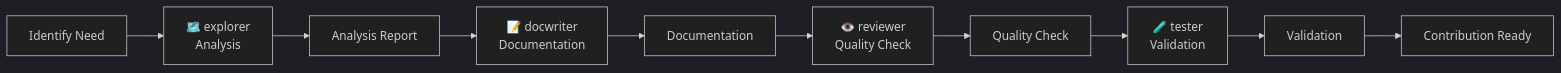
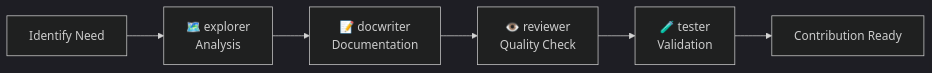
Before and after one commit to sandeand001/DevWorkflow-Framework: the third of 3 diagrams in README.md, drawn with Mermaid (dark theme). The commit also changed other lines of this file, not shown here.

````diff
--- a/README.md
+++ b/README.md
@@ -380,12 +397,8 @@
 ```mermaid
 graph LR
     A[Identify Need] --> B["🗺️ explorer<br/>Analysis"]
-    B --> C[Analysis Report]
-    C --> D["📝 docwriter<br/>Documentation"]
-    D --> E[Documentation]
-    E --> F["👁️ reviewer<br/>Quality Check"]
-    F --> G[Quality Check]
-    G --> H["🧪 tester<br/>Validation"]
-    H --> I[Validation]
-    I --> J[Contribution Ready]
+    B --> C["📝 docwriter<br/>Documentation"]
+    C --> D["👁️ reviewer<br/>Quality Check"]
+    D --> E["🧪 tester<br/>Validation"]
+    E --> F[Contribution Ready]
 ```
````
